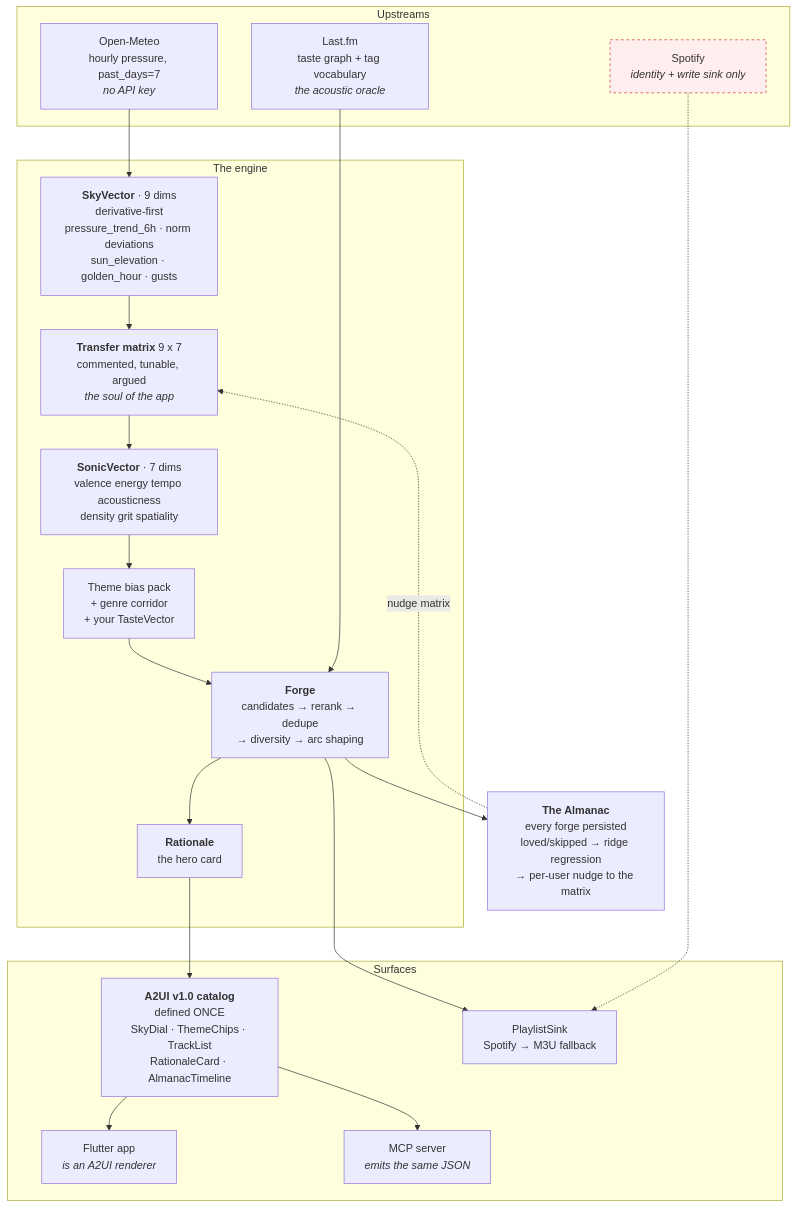
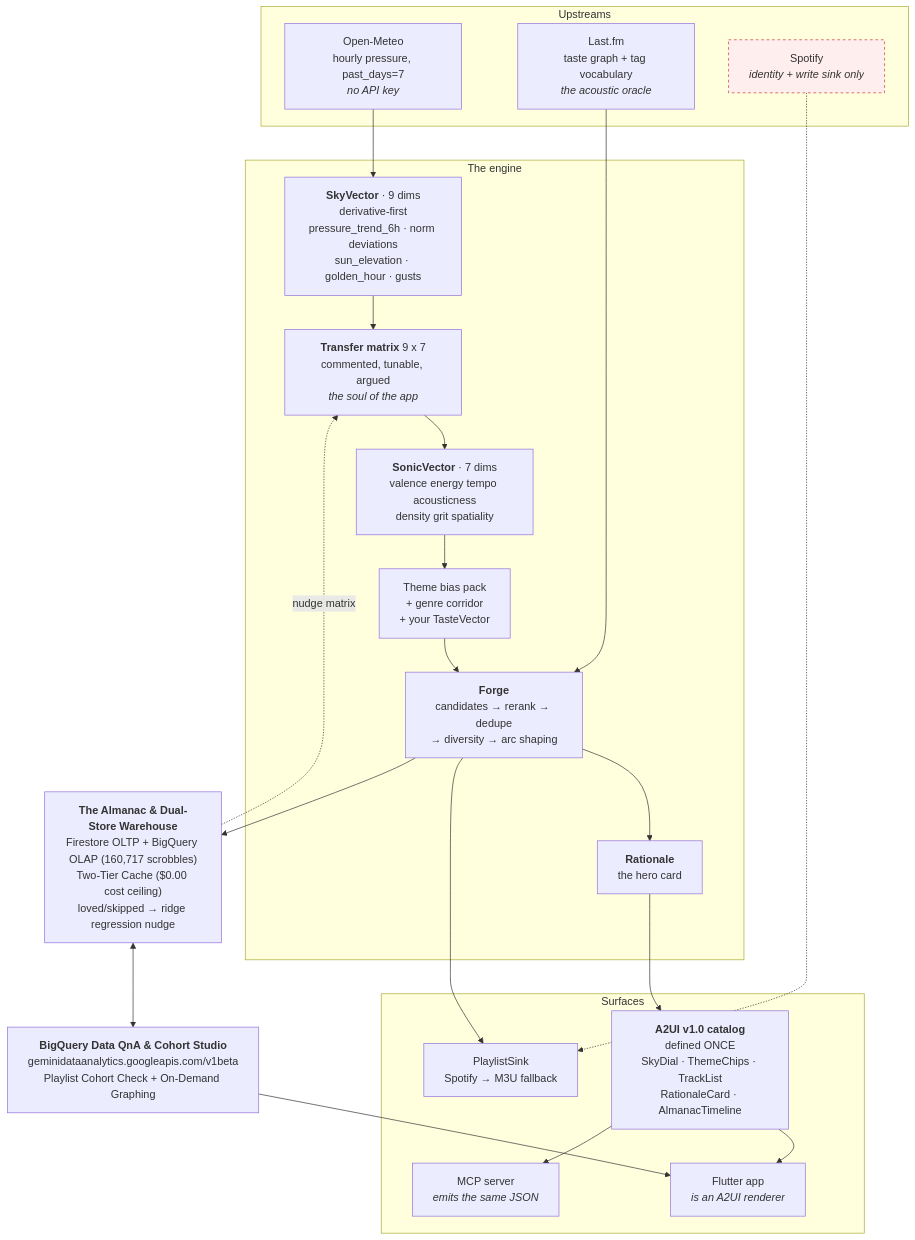
One commit to jpaquay/myshippedpy changed the diagram in README.md. Above: the diagram before and after it, drawn with Mermaid. The commit also changed other lines of this file and 2 other files, not shown here.

First line of the commit message:
docs(almanac/qna): bundle technical documentation into docs/ hub and update README navigation

````diff
--- a/README.md
+++ b/README.md
@@ -103,39 +116,42 @@
 ```mermaid
 flowchart TB
     subgraph sources["Upstreams"]
         OM["Open-Meteo<br/>hourly pressure, past_days=7<br/><i>no API key</i>"]
         LFM["Last.fm<br/>taste graph + tag vocabulary<br/><i>the acoustic oracle</i>"]
         SPOT["Spotify<br/><i>identity + write sink only</i>"]
     end
 
     subgraph engine["The engine"]
         SKY["<b>SkyVector</b> · 9 dims<br/>derivative-first<br/>pressure_trend_6h · norm deviations<br/>sun_elevation · golden_hour · gusts"]
         MTX["<b>Transfer matrix</b> 9 x 7<br/>commented, tunable, argued<br/><i>the soul of the app</i>"]
         SON["<b>SonicVector</b> · 7 dims<br/>valence energy tempo acousticness<br/>density grit spatiality"]
         BIAS["Theme bias pack<br/>+ genre corridor<br/>+ your TasteVector"]
         FORGE["<b>Forge</b><br/>candidates → rerank → dedupe<br/>→ diversity → arc shaping"]
         RAT["<b>Rationale</b><br/>the hero card"]
     end
 
     subgraph out["Surfaces"]
         A2UI["<b>A2UI v1.0 catalog</b><br/>defined ONCE<br/>SkyDial · ThemeChips · TrackList<br/>RationaleCard · AlmanacTimeline"]
         FLUT["Flutter app<br/><i>is an A2UI renderer</i>"]
         MCP["MCP server<br/><i>emits the same JSON</i>"]
         SINK["PlaylistSink<br/>Spotify → M3U fallback"]
     end
 
-    ALM["<b>The Almanac</b><br/>every forge persisted<br/>loved/skipped → ridge regression<br/>→ per-user nudge to the matrix"]
+    ALM["<b>The Almanac & Dual-Store Warehouse</b><br/>Firestore OLTP + BigQuery OLAP (160,717 scrobbles)<br/>Two-Tier Cache ($0.00 cost ceiling)<br/>loved/skipped → ridge regression nudge"]
+    QNA["<b>BigQuery Data QnA & Cohort Studio</b><br/>geminidataanalytics.googleapis.com/v1beta<br/>Playlist Cohort Check + On-Demand Graphing"]
 
     OM --> SKY --> MTX --> SON --> BIAS --> FORGE
     LFM --> FORGE
     FORGE --> RAT --> A2UI
     FORGE --> SINK
     SPOT -.-> SINK
     A2UI --> FLUT
     A2UI --> MCP
     FORGE --> ALM
+    ALM <--> QNA
+    QNA --> FLUT
     ALM -. "nudge matrix" .-> MTX
 
     classDef dead fill:#fee,stroke:#c33,stroke-dasharray:4
     class SPOT dead
 ```
````
